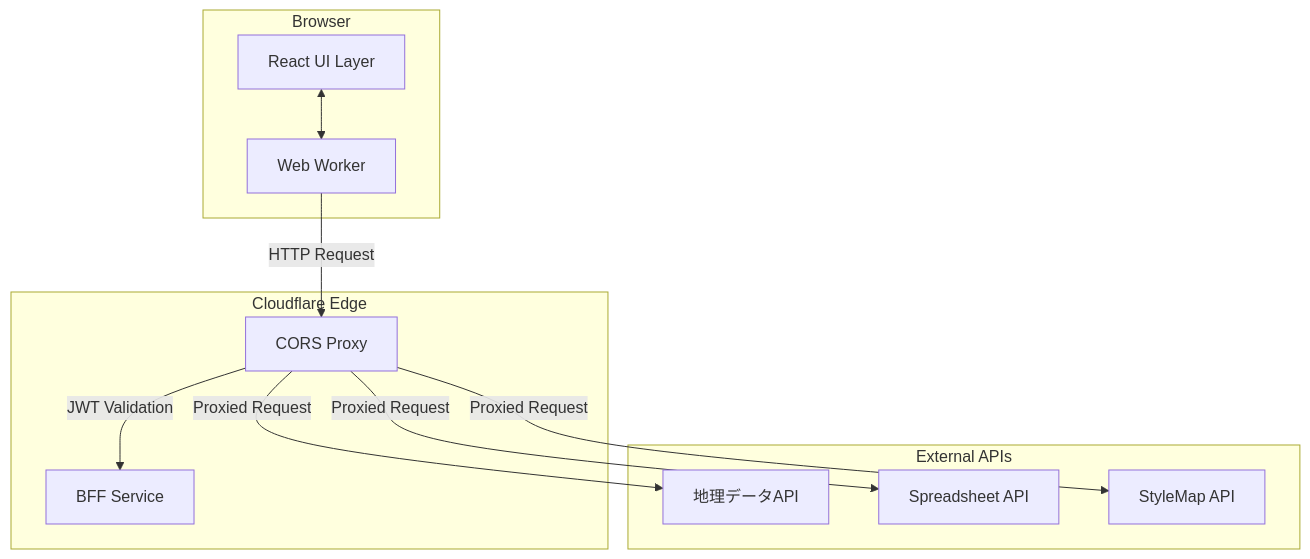
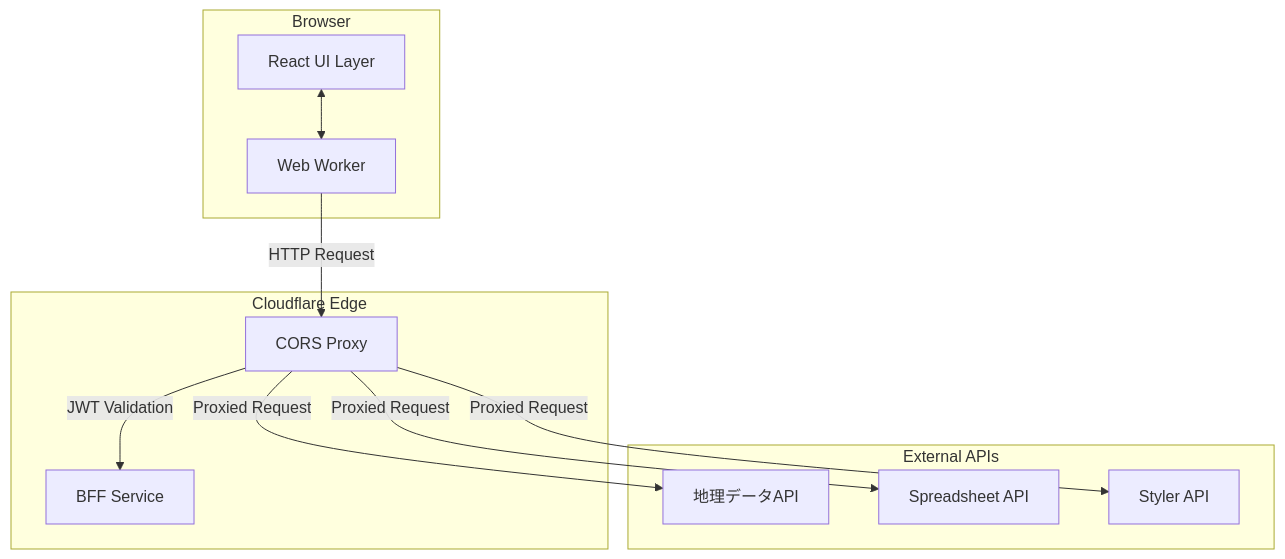
The diagram in packages/node-type/shape-plugin/docs/BATCH_PROCESSING_AUTHENTICATION.md (kubohiroya/hierarchidb), drawn with Mermaid before and after one commit. The commit also changed other lines of this file and 267 other files, not shown here.

````diff
--- a/packages/node-type/shape-plugin/docs/BATCH_PROCESSING_AUTHENTICATION.md
+++ b/packages/node-type/shape-plugin/docs/BATCH_PROCESSING_AUTHENTICATION.md
@@ -9,25 +9,25 @@
 ```mermaid
 graph TB
     subgraph "Browser"
         UI[React UI Layer]
         WORKER[Web Worker]
     end
     
     subgraph "Cloudflare Edge"
         CORS[CORS Proxy]
         BFF[BFF Service]
     end
     
     subgraph "External APIs"
         GEO_API[地理データAPI]
         SHEET_API[Spreadsheet API]
-        STYLE_API[StyleMap API]
+        STYLE_API[Styler API]
     end
     
     UI <--> WORKER
     WORKER -->|HTTP Request| CORS
     CORS -->|JWT Validation| BFF
     CORS -->|Proxied Request| GEO_API
     CORS -->|Proxied Request| SHEET_API  
     CORS -->|Proxied Request| STYLE_API
 ```
````
